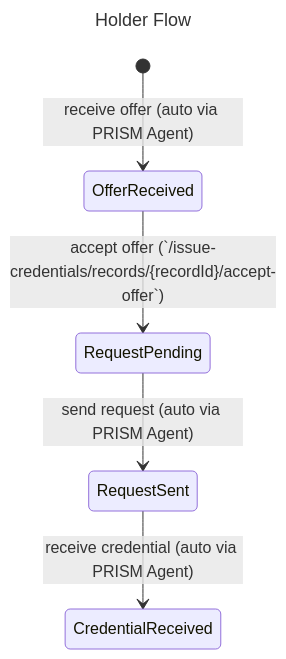
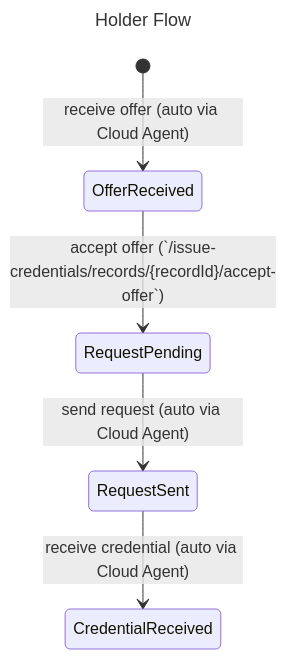
The second of 2 diagrams in docs/docusaurus/credentials/didcomm/issue.md (hyperledger/identus-cloud-agent), drawn with Mermaid before and after one commit. The commit also changed other lines of this file, not shown here.

````diff
--- a/docs/docusaurus/credentials/didcomm/issue.md
+++ b/docs/docusaurus/credentials/didcomm/issue.md
@@ -420,10 +596,10 @@
 ```mermaid
 ---
 title: Holder Flow
 ---
 stateDiagram-v2
-  [*] --> OfferReceived: receive offer (auto via PRISM Agent)
+  [*] --> OfferReceived: receive offer (auto via Cloud Agent)
   OfferReceived --> RequestPending: accept offer (`/issue-credentials/records/{recordId}/accept-offer`)
-  RequestPending --> RequestSent: send request (auto via PRISM Agent)
-  RequestSent --> CredentialReceived: receive credential (auto via PRISM Agent)
+  RequestPending --> RequestSent: send request (auto via Cloud Agent)
+  RequestSent --> CredentialReceived: receive credential (auto via Cloud Agent)
 ```
````
